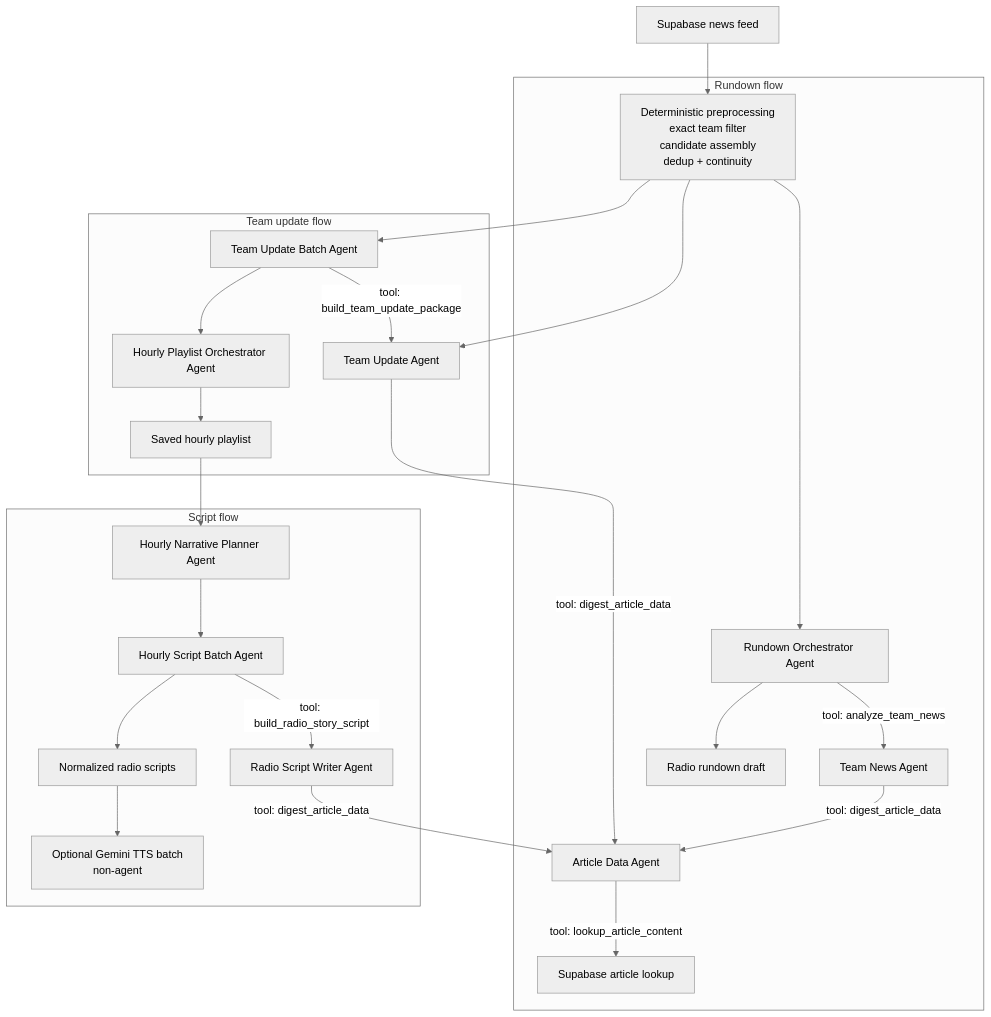
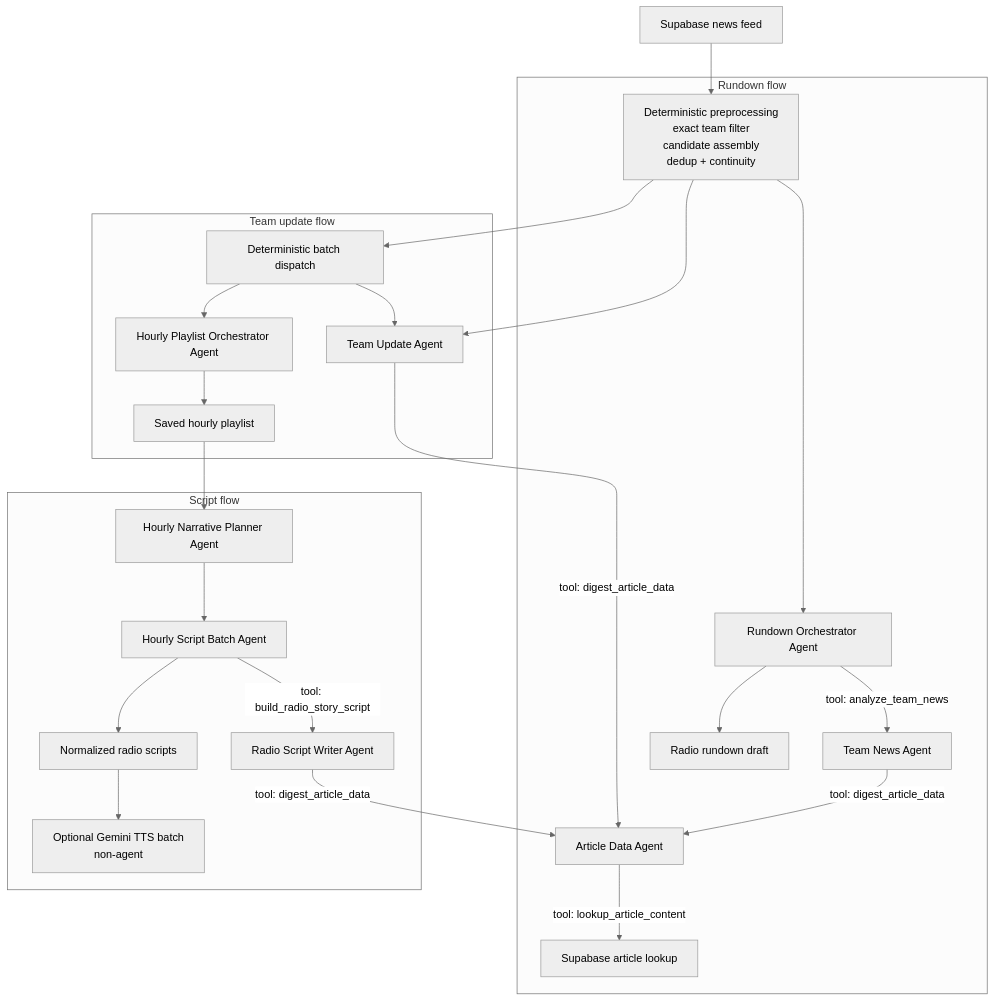
Before and after one commit to BigSlikTobi/t4L_agency: the first of 6 diagrams in agents_doc.md, drawn with Mermaid (neutral theme). The commit also changed other lines of this file and 7 other files, not shown here.

````diff
--- a/agents_doc.md
+++ b/agents_doc.md
@@ -53,30 +60,30 @@
 ```mermaid
 flowchart TD
     Feed["Supabase news feed"] --> Filter["Deterministic preprocessing\nexact team filter\ncandidate assembly\ndedup + continuity"]
 
     subgraph Rundown["Rundown flow"]
         Filter --> RO["Rundown Orchestrator Agent"]
         RO -->|tool: analyze_team_news| TN["Team News Agent"]
         TN -->|tool: digest_article_data| AD["Article Data Agent"]
         AD -->|tool: lookup_article_content| Lookup["Supabase article lookup"]
         RO --> RundownOut["Radio rundown draft"]
     end
 
     subgraph TeamUpdate["Team update flow"]
         Filter --> TU["Team Update Agent"]
         TU -->|tool: digest_article_data| AD
-        Filter --> TUB["Team Update Batch Agent"]
-        TUB -->|tool: build_team_update_package| TU
-        TUB --> HPO["Hourly Playlist Orchestrator Agent"]
+        Filter --> TUD["Deterministic batch dispatch"]
+        TUD --> TU
+        TUD --> HPO["Hourly Playlist Orchestrator Agent"]
         HPO --> Playlist["Saved hourly playlist"]
     end
 
     subgraph Scripts["Script flow"]
         Playlist --> HNP["Hourly Narrative Planner Agent"]
         HNP --> HSB["Hourly Script Batch Agent"]
         HSB -->|tool: build_radio_story_script| RSW["Radio Script Writer Agent"]
         RSW -->|tool: digest_article_data| AD
         HSB --> ScriptsOut["Normalized radio scripts"]
         ScriptsOut --> TTS["Optional Gemini TTS batch\nnon-agent"]
     end
 ```
````
